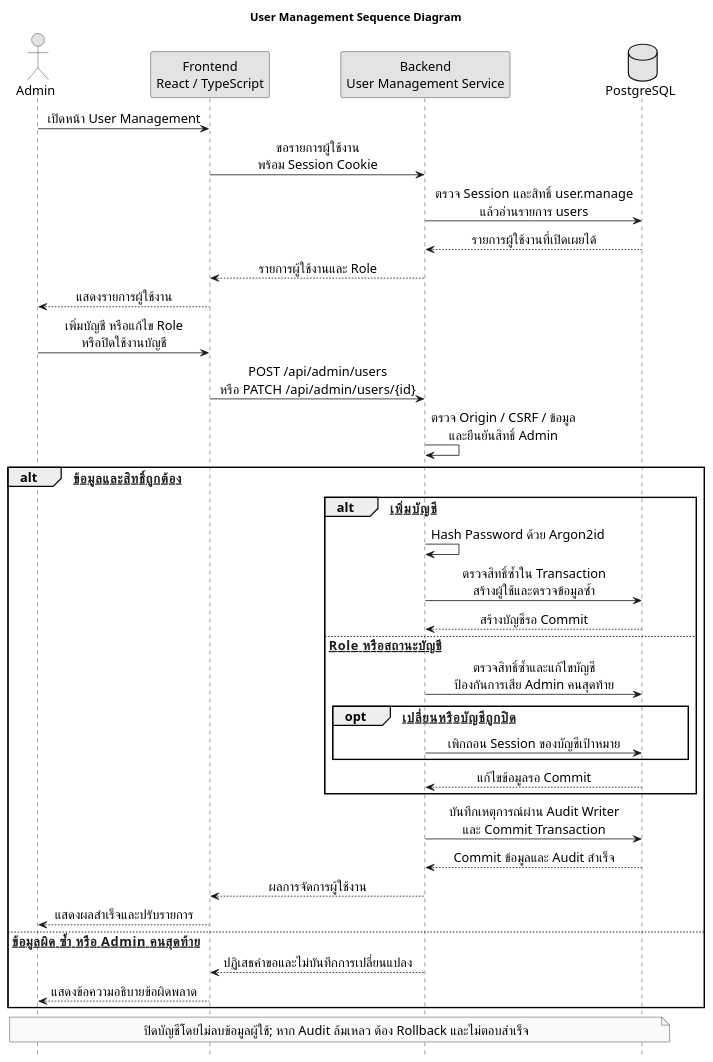
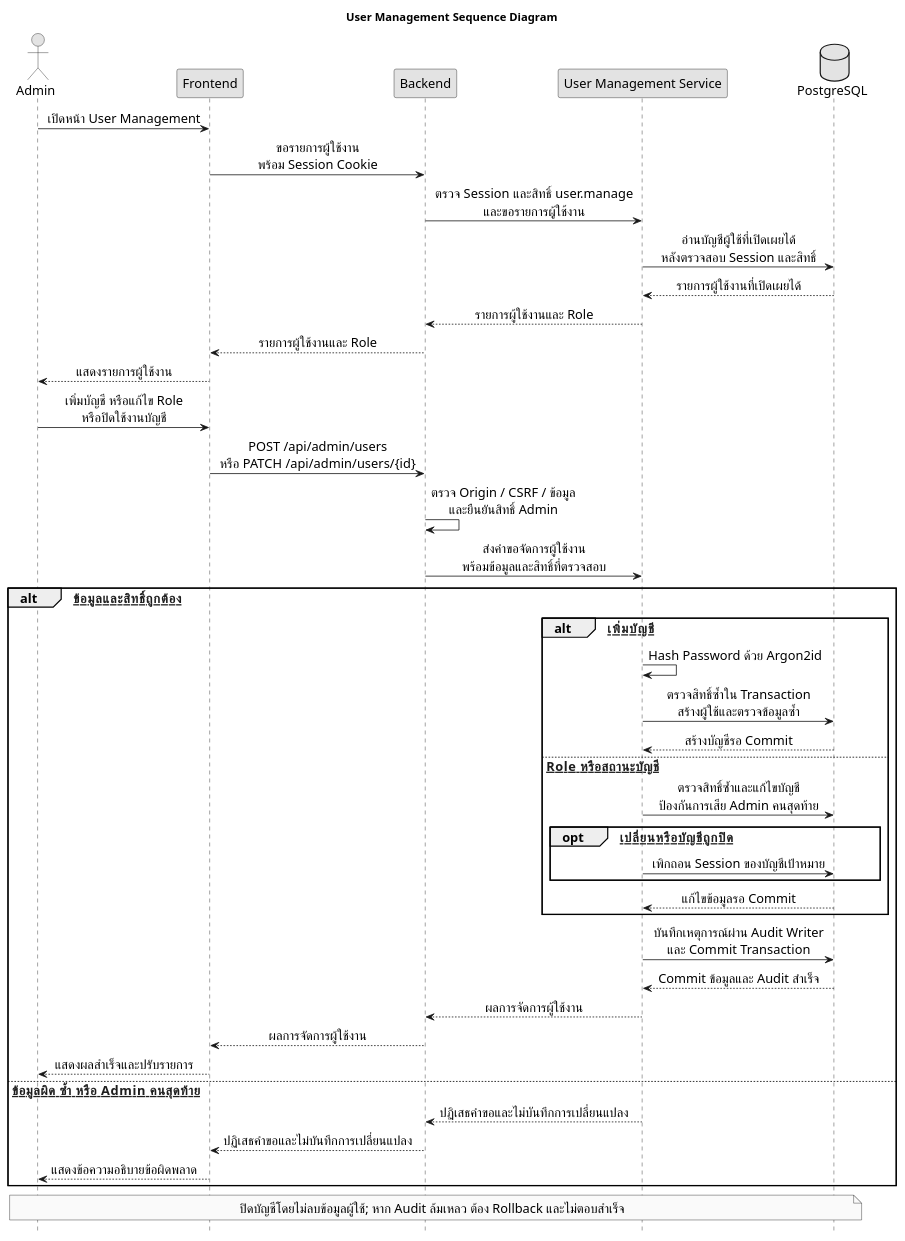
The diagram in outputs/thesis/sequence-diagram/naphat/fig-3-13-user-management.puml (napgat/NyNetMate-Research), drawn with PlantUML before and after one commit. The commit also changed 99 other files, not shown here.

Commit message:
docs: update thesis sequence diagrams and UI design artifacts

```diff
--- a/outputs/thesis/sequence-diagram/naphat/fig-3-13-user-management.puml
+++ b/outputs/thesis/sequence-diagram/naphat/fig-3-13-user-management.puml
@@ -1,43 +1,49 @@
 @startuml
 hide footbox
 skinparam monochrome true
 skinparam defaultFontName Tahoma
 skinparam defaultFontSize 16
 skinparam sequenceMessageAlign center
 skinparam responseMessageBelowArrow true
 title User Management Sequence Diagram
 actor "Admin" as U
-participant "Frontend\nReact / TypeScript" as F
-participant "Backend\nUser Management Service" as B
+participant "Frontend" as F
+participant "Backend" as B
+participant "User Management Service" as S
 database "PostgreSQL" as D
 U -> F : เปิดหน้า User Management
 F -> B : ขอรายการผู้ใช้งาน\nพร้อม Session Cookie
-B -> D : ตรวจ Session และสิทธิ์ user.manage\nแล้วอ่านรายการ users
-D --> B : รายการผู้ใช้งานที่เปิดเผยได้
+B -> S : ตรวจ Session และสิทธิ์ user.manage\nและขอรายการผู้ใช้งาน
+S -> D : อ่านบัญชีผู้ใช้ที่เปิดเผยได้\nหลังตรวจสอบ Session และสิทธิ์
+D --> S : รายการผู้ใช้งานที่เปิดเผยได้
+S --> B : รายการผู้ใช้งานและ Role
 B --> F : รายการผู้ใช้งานและ Role
 F --> U : แสดงรายการผู้ใช้งาน
 U -> F : เพิ่มบัญชี หรือแก้ไข Role\nหรือปิดใช้งานบัญชี
 F -> B : POST /api/admin/users\nหรือ PATCH /api/admin/users/{id}
 B -> B : ตรวจ Origin / CSRF / ข้อมูล\nและยืนยันสิทธิ์ Admin
+B -> S : ส่งคำขอจัดการผู้ใช้งาน\nพร้อมข้อมูลและสิทธิ์ที่ตรวจสอบ
 alt [ข้อมูลและสิทธิ์ถูกต้อง]
 alt [เพิ่มบัญชี]
-B -> B : Hash Password ด้วย Argon2id
-B -> D : ตรวจสิทธิ์ซ้ำใน Transaction\nสร้างผู้ใช้และตรวจข้อมูลซ้ำ
-D --> B : สร้างบัญชีรอ Commit
+S -> S : Hash Password ด้วย Argon2id
+S -> D : ตรวจสิทธิ์ซ้ำใน Transaction\nสร้างผู้ใช้และตรวจข้อมูลซ้ำ
+D --> S : สร้างบัญชีรอ Commit
 else [เปลี่ยน Role หรือสถานะบัญชี]
-B -> D : ตรวจสิทธิ์ซ้ำและแก้ไขบัญชี\nป้องกันการเสีย Admin คนสุดท้าย
+S -> D : ตรวจสิทธิ์ซ้ำและแก้ไขบัญชี\nป้องกันการเสีย Admin คนสุดท้าย
 opt [Role เปลี่ยนหรือบัญชีถูกปิด]
-B -> D : เพิกถอน Session ของบัญชีเป้าหมาย
+S -> D : เพิกถอน Session ของบัญชีเป้าหมาย
 end
-D --> B : แก้ไขข้อมูลรอ Commit
+D --> S : แก้ไขข้อมูลรอ Commit
 end
-B -> D : บันทึกเหตุการณ์ผ่าน Audit Writer\nและ Commit Transaction
-D --> B : Commit ข้อมูลและ Audit สำเร็จ
+S -> D : บันทึกเหตุการณ์ผ่าน Audit Writer\nและ Commit Transaction
+D --> S : Commit ข้อมูลและ Audit สำเร็จ
+S --> B : ผลการจัดการผู้ใช้งาน
 B --> F : ผลการจัดการผู้ใช้งาน
 F --> U : แสดงผลสำเร็จและปรับรายการ
 else [ไม่มีสิทธิ์ ข้อมูลผิด ซ้ำ หรือ Admin คนสุดท้าย]
+S --> B : ปฏิเสธคำขอและไม่บันทึกการเปลี่ยนแปลง
 B --> F : ปฏิเสธคำขอและไม่บันทึกการเปลี่ยนแปลง
 F --> U : แสดงข้อความอธิบายข้อผิดพลาด
 end
 note over U,D : ปิดบัญชีโดยไม่ลบข้อมูลผู้ใช้; หาก Audit ล้มเหลว ต้อง Rollback และไม่ตอบสำเร็จ
 @enduml
```
